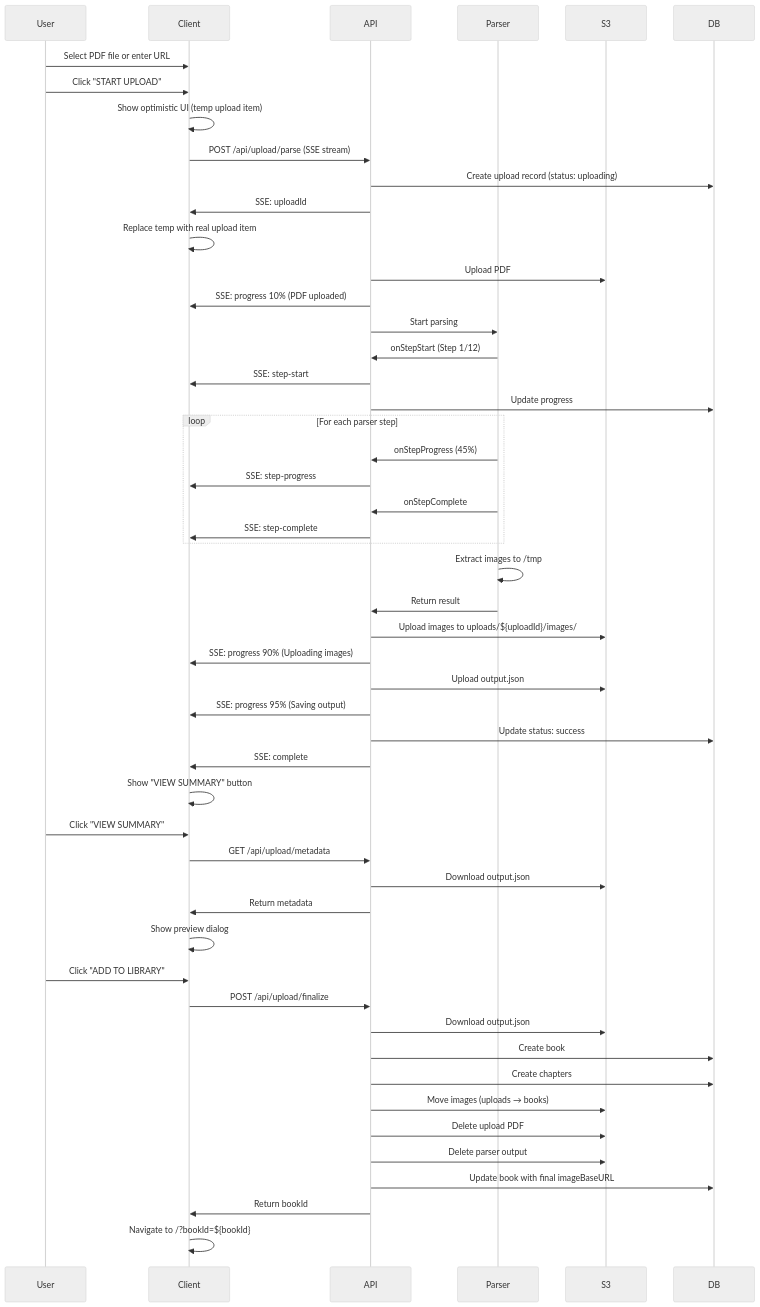
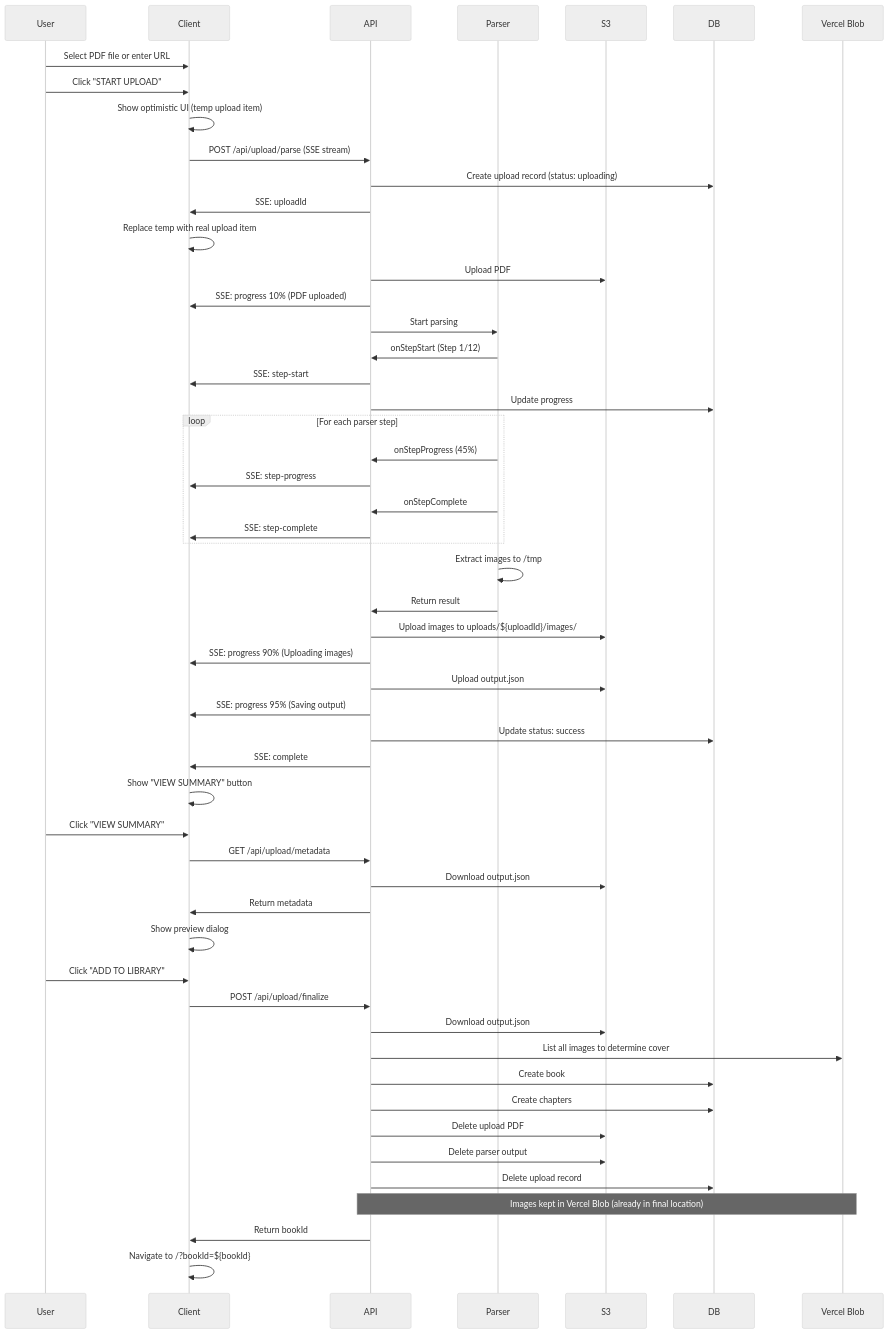
Before and after one commit to gileck/book-reader-app: the first of 4 diagrams in docs/BOOK-UPLOAD-FEATURE.md, drawn with Mermaid (neutral theme). The commit also changed other lines of this file, not shown here.

First line of the commit message:
docs: Update book upload documentation for cleanup and cover selection

````diff
--- a/docs/BOOK-UPLOAD-FEATURE.md
+++ b/docs/BOOK-UPLOAD-FEATURE.md
@@ -87,70 +87,71 @@
 ```mermaid
 sequenceDiagram
     participant User
     participant Client
     participant API
     participant Parser
     participant S3
     participant DB
 
     User->>Client: Select PDF file or enter URL
     User->>Client: Click "START UPLOAD"
     
     Client->>Client: Show optimistic UI (temp upload item)
     Client->>API: POST /api/upload/parse (SSE stream)
     
     API->>DB: Create upload record (status: uploading)
     API->>Client: SSE: uploadId
     Client->>Client: Replace temp with real upload item
     
     API->>S3: Upload PDF
     API->>Client: SSE: progress 10% (PDF uploaded)
     
     API->>Parser: Start parsing
     Parser->>API: onStepStart (Step 1/12)
     API->>Client: SSE: step-start
     API->>DB: Update progress
     
     loop For each parser step
         Parser->>API: onStepProgress (45%)
         API->>Client: SSE: step-progress
         Parser->>API: onStepComplete
         API->>Client: SSE: step-complete
     end
     
     Parser->>Parser: Extract images to /tmp
     Parser->>API: Return result
     
     API->>S3: Upload images to uploads/${uploadId}/images/
     API->>Client: SSE: progress 90% (Uploading images)
     
     API->>S3: Upload output.json
     API->>Client: SSE: progress 95% (Saving output)
     
     API->>DB: Update status: success
     API->>Client: SSE: complete
     
     Client->>Client: Show "VIEW SUMMARY" button
     
     User->>Client: Click "VIEW SUMMARY"
     Client->>API: GET /api/upload/metadata
     API->>S3: Download output.json
     API->>Client: Return metadata
     Client->>Client: Show preview dialog
     
     User->>Client: Click "ADD TO LIBRARY"
     Client->>API: POST /api/upload/finalize
     
     API->>S3: Download output.json
+    API->>Vercel Blob: List all images to determine cover
     API->>DB: Create book
     API->>DB: Create chapters
     
-    API->>S3: Move images (uploads → books)
     API->>S3: Delete upload PDF
     API->>S3: Delete parser output
+    API->>DB: Delete upload record
     
-    API->>DB: Update book with final imageBaseURL
+    Note over API,Vercel Blob: Images kept in Vercel Blob (already in final location)
     API->>Client: Return bookId
     
     Client->>Client: Navigate to /?bookId=${bookId}
 ```
````
